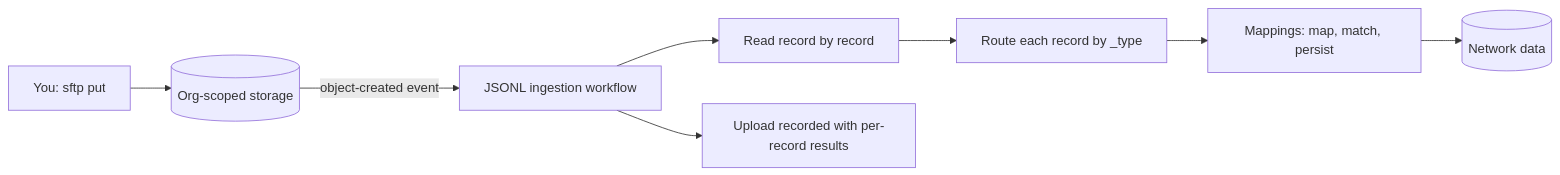
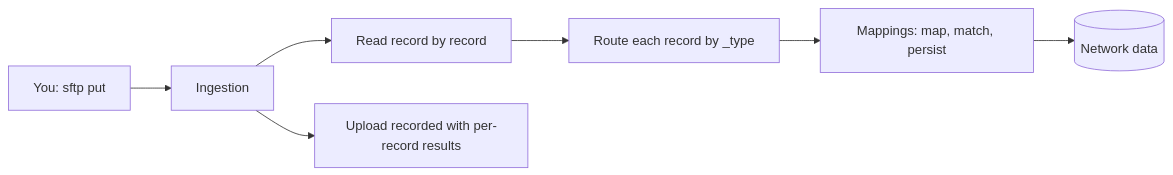
The diagram in api-overview/sftp/overview.mdx (solo-finance/docs), drawn with Mermaid before and after one commit. The commit also changed other lines of this file and 190 other files, not shown here.

````diff
--- a/api-overview/sftp/overview.mdx
+++ b/api-overview/sftp/overview.mdx
@@ -115,10 +127,9 @@
 ```mermaid
 flowchart LR
-    U[You: sftp put] --> S[(Org-scoped storage)]
-    S -->|object-created event| W[JSONL ingestion workflow]
+    U[You: sftp put] --> W[Ingestion]
     W --> P[Read record by record]
     P --> R[Route each record by _type]
     R --> F[Mappings: map, match, persist]
     F --> D[(Network data)]
     W --> E[Upload recorded with per-record results]
 ```
````
